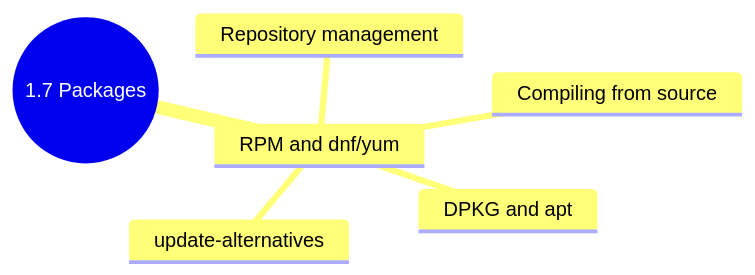
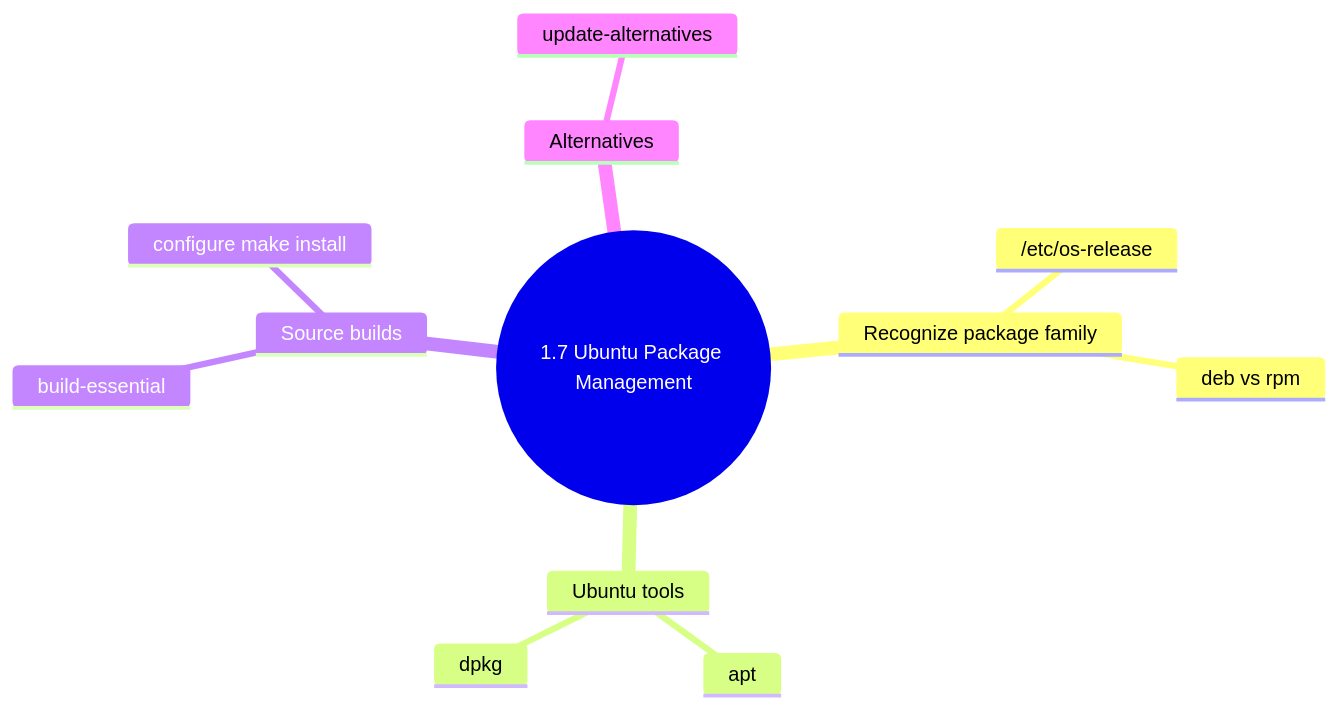
One commit to VidhyadharanSS/PlatformEngineeringNotes changed the diagram in 1-Linux/Subchapter_1.7/1.7.4_Subchapter_Review.md. Above: the diagram before and after it, drawn with Mermaid. The commit also changed other lines of this file and 120 other files, not shown here.

````diff
--- a/1-Linux/Subchapter_1.7/1.7.4_Subchapter_Review.md
+++ b/1-Linux/Subchapter_1.7/1.7.4_Subchapter_Review.md
@@ -6,9 +5,15 @@
 ```mermaid
 mindmap
-  root((1.7 Packages))
-    RPM and dnf/yum
-      DPKG and apt
-      Repository management
-      Compiling from source
+  root((1.7 Ubuntu Package Management))
+    Recognize package family
+      /etc/os-release
+      deb vs rpm
+    Ubuntu tools
+      dpkg
+      apt
+    Source builds
+      build-essential
+      configure make install
+    Alternatives
       update-alternatives
 ```
````
